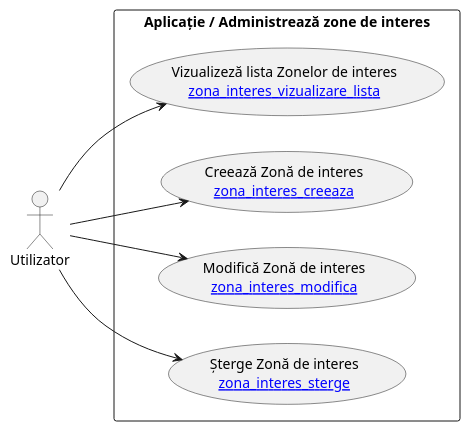
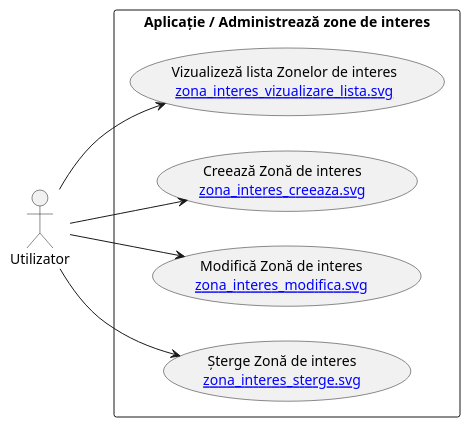
The diagram in zona_interes_admin.puml (KMX-Systems/uat), drawn with PlantUML before and after one commit. The commit also changed 14 other files, not shown here.

```diff
--- a/zona_interes_admin.puml
+++ b/zona_interes_admin.puml
@@ -1,19 +1,19 @@
 @startuml
 left to right direction
 actor "Utilizator" as user
 rectangle "Aplicație / Administrează zone de interes" {
   usecase "Zona UAT întreg (Zona implicită nemodificabilă)" as UC1
   usecase "Zona UAT intravilan (Zona implicită nemodificabilă)" as UC2
   usecase "Zona UAT extravilan (Zona implicită nemodificabilă)" as UC3
 
-  usecase "Vizualizeză lista Zonelor de interes\n[[zona_interes_vizualizare_lista]]" as UC1
-  usecase "Creează Zonă de interes\n[[zona_interes_creeaza]]" as UC2
-  usecase "Modifică Zonă de interes\n[[zona_interes_modifica]]" as UC3
-  usecase "Șterge Zonă de interes\n[[zona_interes_sterge]]" as UC4
+  usecase "Vizualizeză lista Zonelor de interes\n[[zona_interes_vizualizare_lista.svg]]" as UC1
+  usecase "Creează Zonă de interes\n[[zona_interes_creeaza.svg]]" as UC2
+  usecase "Modifică Zonă de interes\n[[zona_interes_modifica.svg]]" as UC3
+  usecase "Șterge Zonă de interes\n[[zona_interes_sterge.svg]]" as UC4
 }
 
 user --> UC1
 user --> UC2
 user --> UC3
 user --> UC4
 @enduml
```
